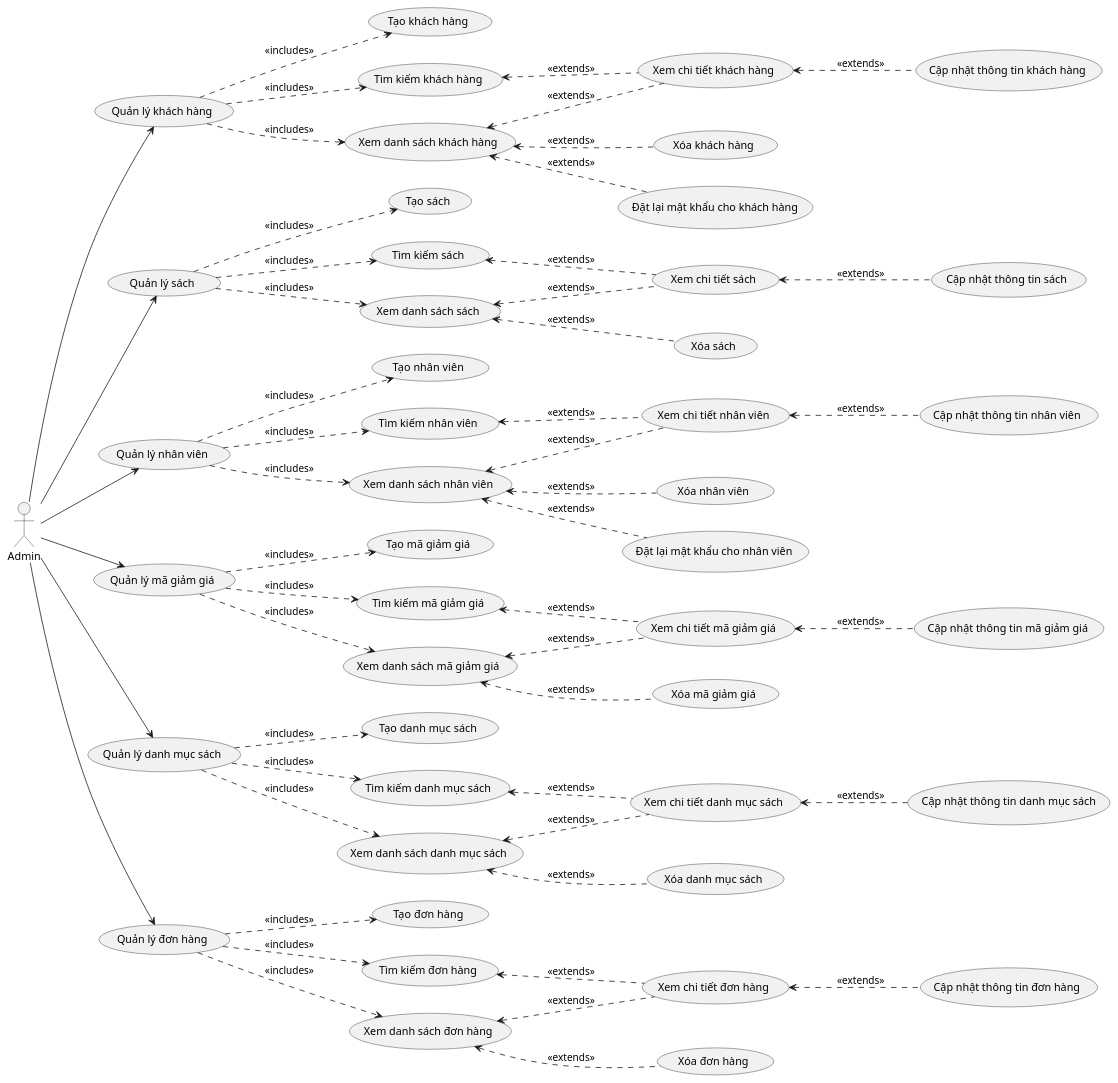
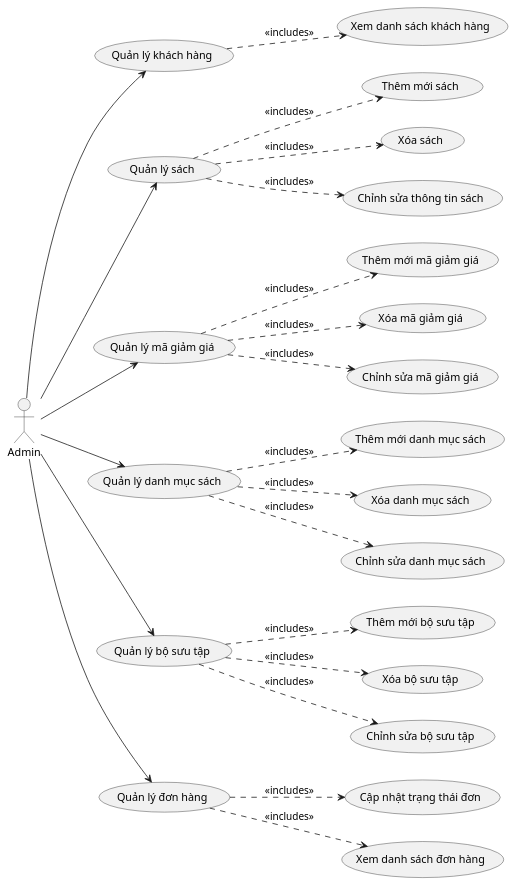
Before and after one commit to B5u2423/Bookstore-Website: the diagram in docs/diagrams/Usecase/admin/admin.wsd, drawn with PlantUML. The commit also changed 2 other files, not shown here.

```diff
--- a/docs/diagrams/Usecase/admin/admin.wsd
+++ b/docs/diagrams/Usecase/admin/admin.wsd
@@ -1,63 +1,34 @@
 @startuml uc_admin
 
 left to right direction
 
 "Admin" as AD
 
 AD --> (Quản lý khách hàng)
-(Quản lý khách hàng) ..> (Tạo khách hàng) : <<includes>>
-(Quản lý khách hàng) ..> (Tìm kiếm khách hàng) : <<includes>>
 (Quản lý khách hàng) ..> (Xem danh sách khách hàng) : <<includes>>
-(Xem danh sách khách hàng) <.. (Xóa khách hàng) : <<extends>>
-(Xem danh sách khách hàng) <.. (Đặt lại mật khẩu cho khách hàng) : <<extends>>
-(Xem danh sách khách hàng) <.. (Xem chi tiết khách hàng) : <<extends>>
-(Tìm kiếm khách hàng) <.. (Xem chi tiết khách hàng) : <<extends>>
-(Xem chi tiết khách hàng) <.. (Cập nhật thông tin khách hàng) : <<extends>>
 
 AD --> (Quản lý sách)
-(Quản lý sách) ..> (Tạo sách) : <<includes>>
-(Quản lý sách) ..> (Tìm kiếm sách) : <<includes>>
-(Quản lý sách) ..> (Xem danh sách sách) : <<includes>>
-(Xem danh sách sách) <.. (Xóa sách) : <<extends>>
-(Xem danh sách sách) <.. (Xem chi tiết sách) : <<extends>>
-(Tìm kiếm sách) <.. (Xem chi tiết sách) : <<extends>>
-(Xem chi tiết sách) <.. (Cập nhật thông tin sách) : <<extends>>
-
-AD --> (Quản lý nhân viên)
-(Quản lý nhân viên) ..> (Tạo nhân viên) : <<includes>>
-(Quản lý nhân viên) ..> (Tìm kiếm nhân viên) : <<includes>>
-(Quản lý nhân viên) ..> (Xem danh sách nhân viên) : <<includes>>
-(Xem danh sách nhân viên) <.. (Xóa nhân viên) : <<extends>>
-(Xem danh sách nhân viên) <.. (Đặt lại mật khẩu cho nhân viên) : <<extends>>
-(Xem danh sách nhân viên) <.. (Xem chi tiết nhân viên) : <<extends>>
-(Tìm kiếm nhân viên) <.. (Xem chi tiết nhân viên) : <<extends>>
-(Xem chi tiết nhân viên) <.. (Cập nhật thông tin nhân viên) : <<extends>>
+(Quản lý sách) ..> (Thêm mới sách) : <<includes>>
+(Quản lý sách) ..> (Xóa sách) : <<includes>>
+(Quản lý sách) ..> (Chỉnh sửa thông tin sách) : <<includes>>
 
 AD --> (Quản lý mã giảm giá)
-(Quản lý mã giảm giá) ..> (Tạo mã giảm giá) : <<includes>>
-(Quản lý mã giảm giá) ..> (Tìm kiếm mã giảm giá) : <<includes>>
-(Quản lý mã giảm giá) ..> (Xem danh sách mã giảm giá) : <<includes>>
-(Xem danh sách mã giảm giá) <.. (Xóa mã giảm giá) : <<extends>>
-(Xem danh sách mã giảm giá) <.. (Xem chi tiết mã giảm giá) : <<extends>>
-(Tìm kiếm mã giảm giá) <.. (Xem chi tiết mã giảm giá) : <<extends>>
-(Xem chi tiết mã giảm giá) <.. (Cập nhật thông tin mã giảm giá) : <<extends>>
+(Quản lý mã giảm giá) ..> (Thêm mới mã giảm giá) : <<includes>>
+(Quản lý mã giảm giá) ..> (Xóa mã giảm giá) : <<includes>>
+(Quản lý mã giảm giá) ..> (Chỉnh sửa mã giảm giá) : <<includes>>
 
 AD --> (Quản lý danh mục sách)
-(Quản lý danh mục sách) ..> (Tạo danh mục sách) : <<includes>>
-(Quản lý danh mục sách) ..> (Tìm kiếm danh mục sách) : <<includes>>
-(Quản lý danh mục sách) ..> (Xem danh sách danh mục sách) : <<includes>>
-(Xem danh sách danh mục sách) <.. (Xóa danh mục sách) : <<extends>>
-(Xem danh sách danh mục sách) <.. (Xem chi tiết danh mục sách) : <<extends>>
-(Tìm kiếm danh mục sách) <.. (Xem chi tiết danh mục sách) : <<extends>>
-(Xem chi tiết danh mục sách) <.. (Cập nhật thông tin danh mục sách) : <<extends>>
+(Quản lý danh mục sách) ..> (Thêm mới danh mục sách) : <<includes>>
+(Quản lý danh mục sách) ..> (Xóa danh mục sách) : <<includes>>
+(Quản lý danh mục sách) ..> (Chỉnh sửa danh mục sách) : <<includes>>
+
+AD --> (Quản lý bộ sưu tập)
+(Quản lý bộ sưu tập) ..> (Thêm mới bộ sưu tập) : <<includes>>
+(Quản lý bộ sưu tập) ..> (Xóa bộ sưu tập) : <<includes>>
+(Quản lý bộ sưu tập) ..> (Chỉnh sửa bộ sưu tập) : <<includes>>
 
 AD --> (Quản lý đơn hàng)
-(Quản lý đơn hàng) ..> (Tạo đơn hàng) : <<includes>>
-(Quản lý đơn hàng) ..> (Tìm kiếm đơn hàng) : <<includes>>
+(Quản lý đơn hàng) ..> (Cập nhật trạng thái đơn) : <<includes>>
 (Quản lý đơn hàng) ..> (Xem danh sách đơn hàng) : <<includes>>
-(Xem danh sách đơn hàng) <.. (Xóa đơn hàng) : <<extends>>
-(Xem danh sách đơn hàng) <.. (Xem chi tiết đơn hàng) : <<extends>>
-(Tìm kiếm đơn hàng) <.. (Xem chi tiết đơn hàng) : <<extends>>
-(Xem chi tiết đơn hàng) <.. (Cập nhật thông tin đơn hàng) : <<extends>>
 
 @enduml
```
